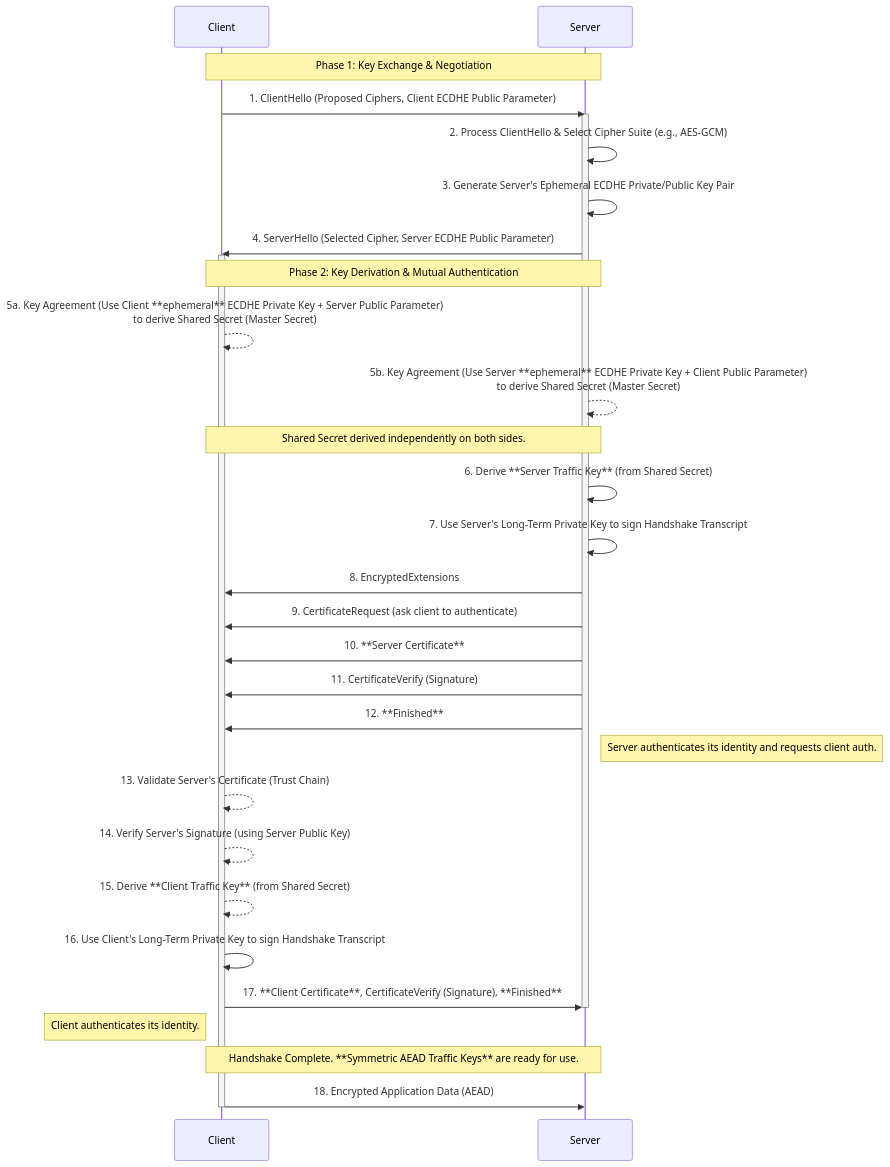
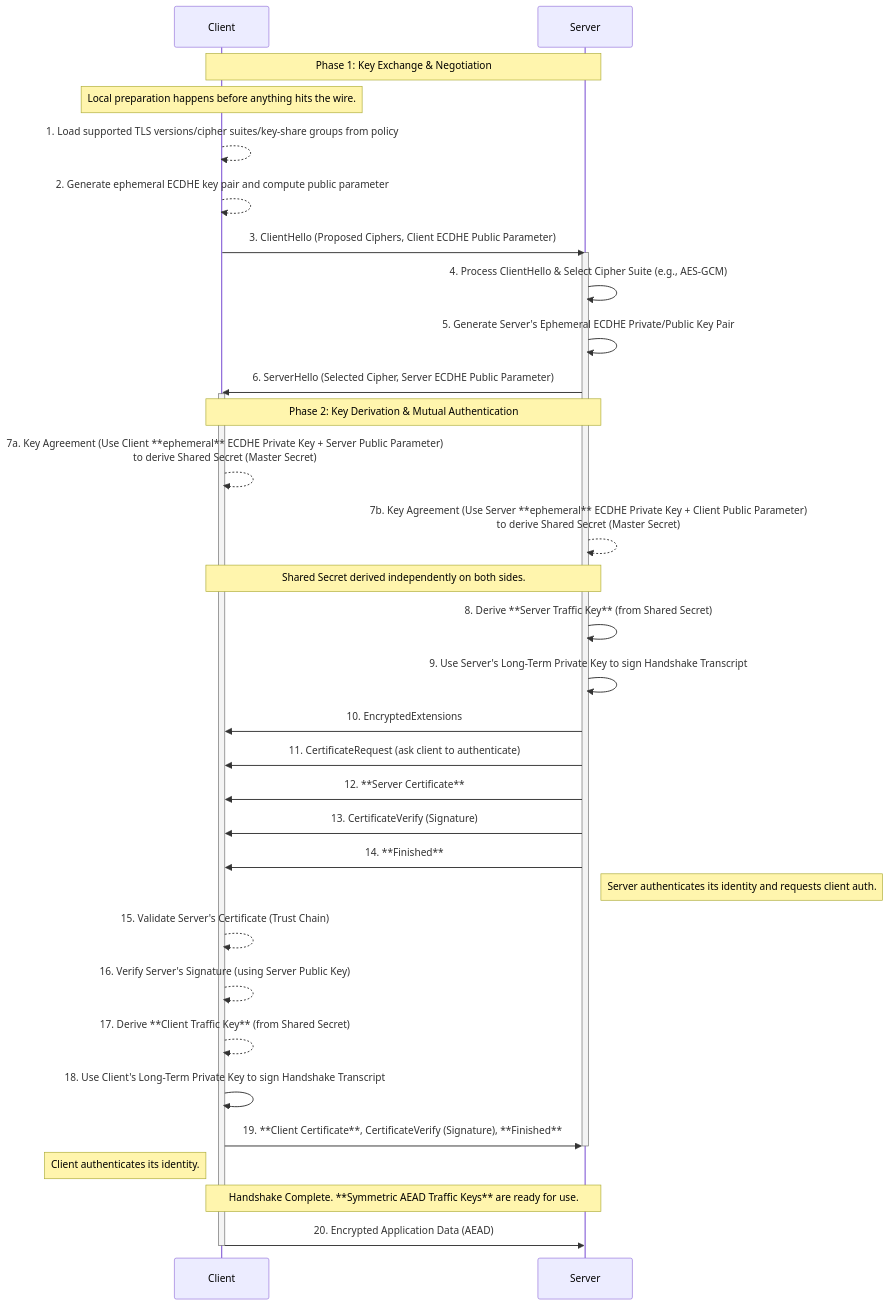
The diagram in diagrams/10-tls13-mutual-auth.mmd (irahulsawhney/crypto-concepts), drawn with Mermaid before and after one commit.

Commit message:
Document client prep in TLS mutual auth diagram

```diff
--- a/diagrams/10-tls13-mutual-auth.mmd
+++ b/diagrams/10-tls13-mutual-auth.mmd
@@ -1,47 +1,49 @@
 %% TLS 1.3 Mutual Authentication Flow
 sequenceDiagram
   participant Client
   participant Server
 
   Note over Client,Server: Phase 1: Key Exchange & Negotiation
-
-  Client->>Server: 1. ClientHello (Proposed Ciphers, Client ECDHE Public Parameter)
+  Note over Client: Local preparation happens before anything hits the wire.
+  Client-->>Client: 1. Load supported TLS versions/cipher suites/key-share groups from policy
+  Client-->>Client: 2. Generate ephemeral ECDHE key pair and compute public parameter
+  Client->>Server: 3. ClientHello (Proposed Ciphers, Client ECDHE Public Parameter)
   activate Server
 
-  Server->>Server: 2. Process ClientHello & Select Cipher Suite (e.g., AES-GCM)
-  Server->>Server: 3. Generate Server's Ephemeral ECDHE Private/Public Key Pair
+  Server->>Server: 4. Process ClientHello & Select Cipher Suite (e.g., AES-GCM)
+  Server->>Server: 5. Generate Server's Ephemeral ECDHE Private/Public Key Pair
 
-  Server->>Client: 4. ServerHello (Selected Cipher, Server ECDHE Public Parameter)
+  Server->>Client: 6. ServerHello (Selected Cipher, Server ECDHE Public Parameter)
   activate Client
 
   Note over Client,Server: Phase 2: Key Derivation & Mutual Authentication
 
-  Client-->>Client: 5a. Key Agreement (Use Client **ephemeral** ECDHE Private Key + Server Public Parameter)<br>to derive Shared Secret (Master Secret)
-  Server-->>Server: 5b. Key Agreement (Use Server **ephemeral** ECDHE Private Key + Client Public Parameter)<br>to derive Shared Secret (Master Secret)
+  Client-->>Client: 7a. Key Agreement (Use Client **ephemeral** ECDHE Private Key + Server Public Parameter)<br>to derive Shared Secret (Master Secret)
+  Server-->>Server: 7b. Key Agreement (Use Server **ephemeral** ECDHE Private Key + Client Public Parameter)<br>to derive Shared Secret (Master Secret)
 
   Note over Client,Server: Shared Secret derived independently on both sides.
 
-  Server->>Server: 6. Derive **Server Traffic Key** (from Shared Secret)
-  Server->>Server: 7. Use Server's Long-Term Private Key to sign Handshake Transcript
+  Server->>Server: 8. Derive **Server Traffic Key** (from Shared Secret)
+  Server->>Server: 9. Use Server's Long-Term Private Key to sign Handshake Transcript
 
-  Server->>Client: 8. EncryptedExtensions
-  Server->>Client: 9. CertificateRequest (ask client to authenticate)
-  Server->>Client: 10. **Server Certificate**
-  Server->>Client: 11. CertificateVerify (Signature)
-  Server->>Client: 12. **Finished**
+  Server->>Client: 10. EncryptedExtensions
+  Server->>Client: 11. CertificateRequest (ask client to authenticate)
+  Server->>Client: 12. **Server Certificate**
+  Server->>Client: 13. CertificateVerify (Signature)
+  Server->>Client: 14. **Finished**
   Note right of Server: Server authenticates its identity and requests client auth.
 
-  Client-->>Client: 13. Validate Server's Certificate (Trust Chain)
-  Client-->>Client: 14. Verify Server's Signature (using Server Public Key)
-  Client-->>Client: 15. Derive **Client Traffic Key** (from Shared Secret)
+  Client-->>Client: 15. Validate Server's Certificate (Trust Chain)
+  Client-->>Client: 16. Verify Server's Signature (using Server Public Key)
+  Client-->>Client: 17. Derive **Client Traffic Key** (from Shared Secret)
 
-  Client->>Client: 16. Use Client's Long-Term Private Key to sign Handshake Transcript
+  Client->>Client: 18. Use Client's Long-Term Private Key to sign Handshake Transcript
 
-  Client->>Server: 17. **Client Certificate**, CertificateVerify (Signature), **Finished**
+  Client->>Server: 19. **Client Certificate**, CertificateVerify (Signature), **Finished**
   deactivate Server
   Note left of Client: Client authenticates its identity.
 
   Note over Client,Server: Handshake Complete. **Symmetric AEAD Traffic Keys** are ready for use.
 
-  Client->>Server: 18. Encrypted Application Data (AEAD)
+  Client->>Server: 20. Encrypted Application Data (AEAD)
   deactivate Client
```
